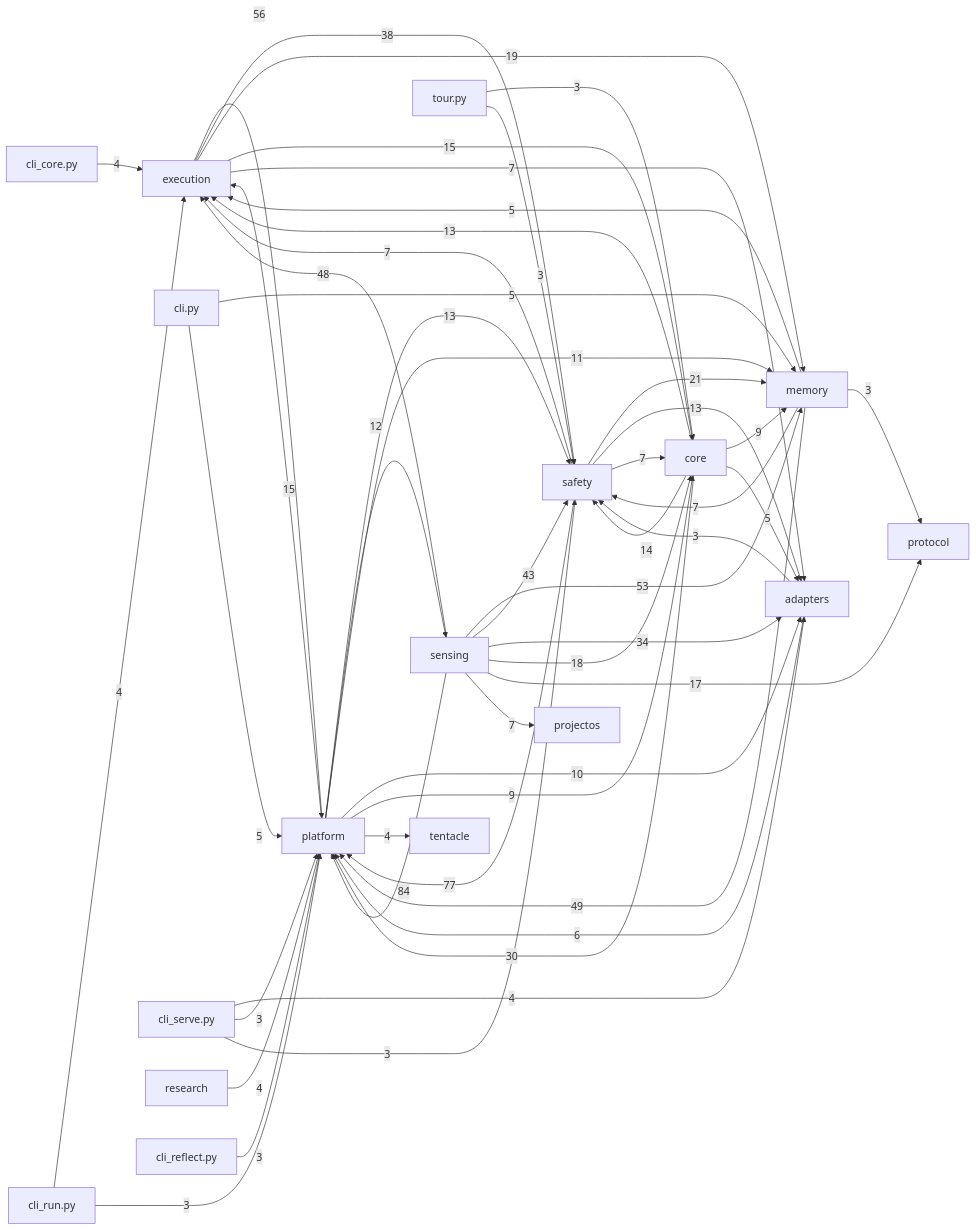
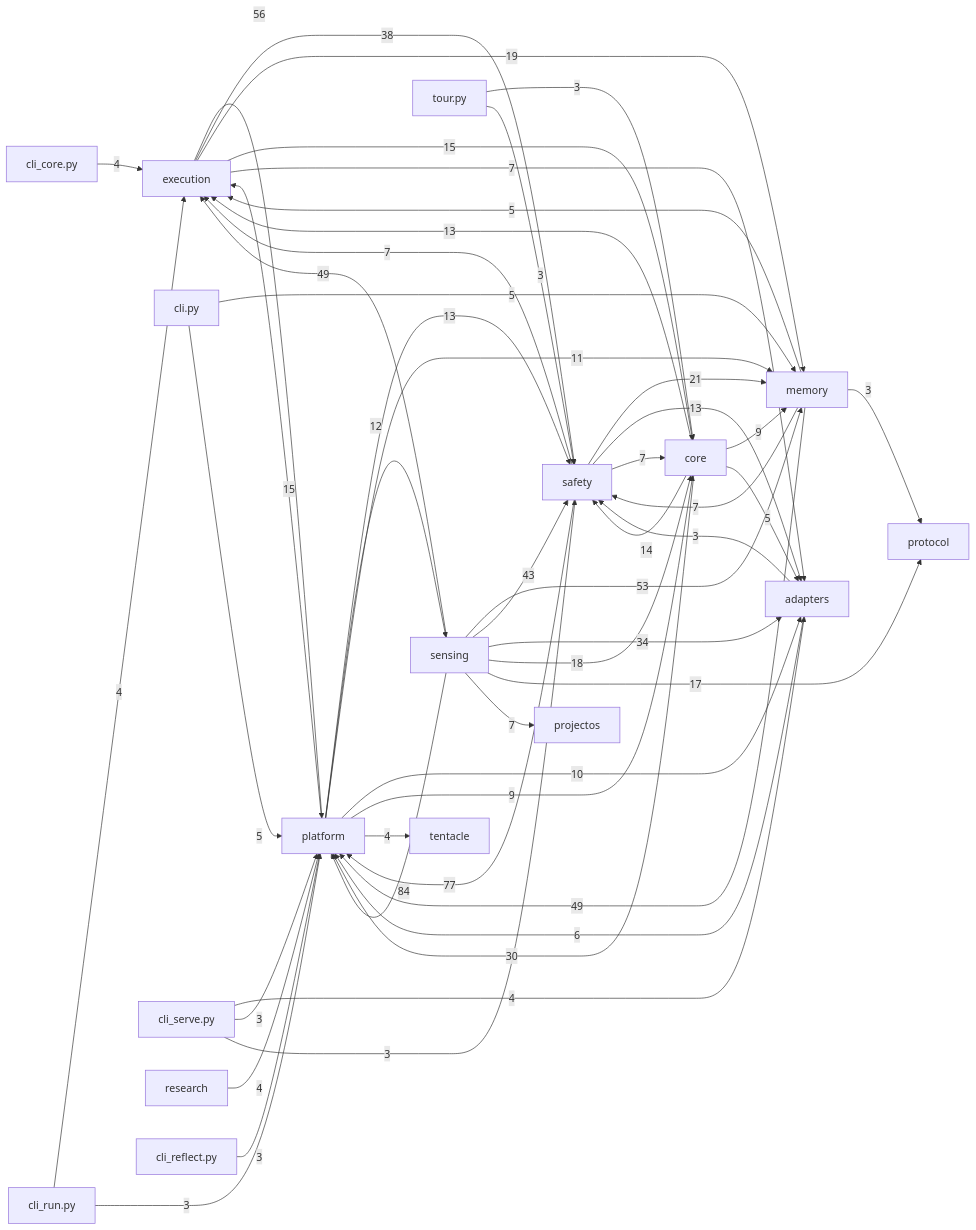
Before and after one commit to dengdenghua/octopus-agent: the diagram in docs/auto/20-backend/index.md, drawn with Mermaid. The commit also changed 4 other files, not shown here.

````diff
--- a/docs/auto/20-backend/index.md
+++ b/docs/auto/20-backend/index.md
@@ -26,58 +26,58 @@
 ```mermaid
 graph LR
   execution[execution]
   core[core]
   safety[safety]
   memory[memory]
   sensing[sensing]
   adapters[adapters]
   platform[platform]
   sensing -- 84 --> platform
   safety -- 77 --> platform
   execution -- 56 --> platform
   sensing -- 53 --> memory
   memory -- 49 --> platform
-  sensing -- 48 --> execution
+  sensing -- 49 --> execution
   sensing -- 43 --> safety
   execution -- 38 --> safety
   sensing -- 34 --> adapters
   core -- 30 --> platform
   safety -- 21 --> memory
   execution -- 19 --> memory
   sensing -- 18 --> core
   sensing -- 17 --> protocol
   execution -- 15 --> core
   platform -- 15 --> execution
   core -- 14 --> safety
   core -- 13 --> execution
   platform -- 13 --> safety
   safety -- 13 --> adapters
   platform -- 12 --> sensing
   platform -- 11 --> memory
   platform -- 10 --> adapters
   core -- 9 --> memory
   platform -- 9 --> core
   execution -- 7 --> adapters
   memory -- 7 --> safety
   safety -- 7 --> core
   safety -- 7 --> execution
   sensing -- 7 --> projectos
   adapters -- 6 --> platform
   cli.py -- 5 --> memory
   cli.py -- 5 --> platform
   core -- 5 --> adapters
   memory -- 5 --> execution
   cli_core.py -- 4 --> execution
   cli_run.py -- 4 --> execution
   cli_serve.py -- 4 --> adapters
   platform -- 4 --> tentacle
   research -- 4 --> platform
   adapters -- 3 --> safety
   cli_reflect.py -- 3 --> platform
   cli_run.py -- 3 --> platform
   cli_serve.py -- 3 --> platform
   cli_serve.py -- 3 --> safety
   memory -- 3 --> protocol
   tour.py -- 3 --> core
   tour.py -- 3 --> safety
 ```
````
